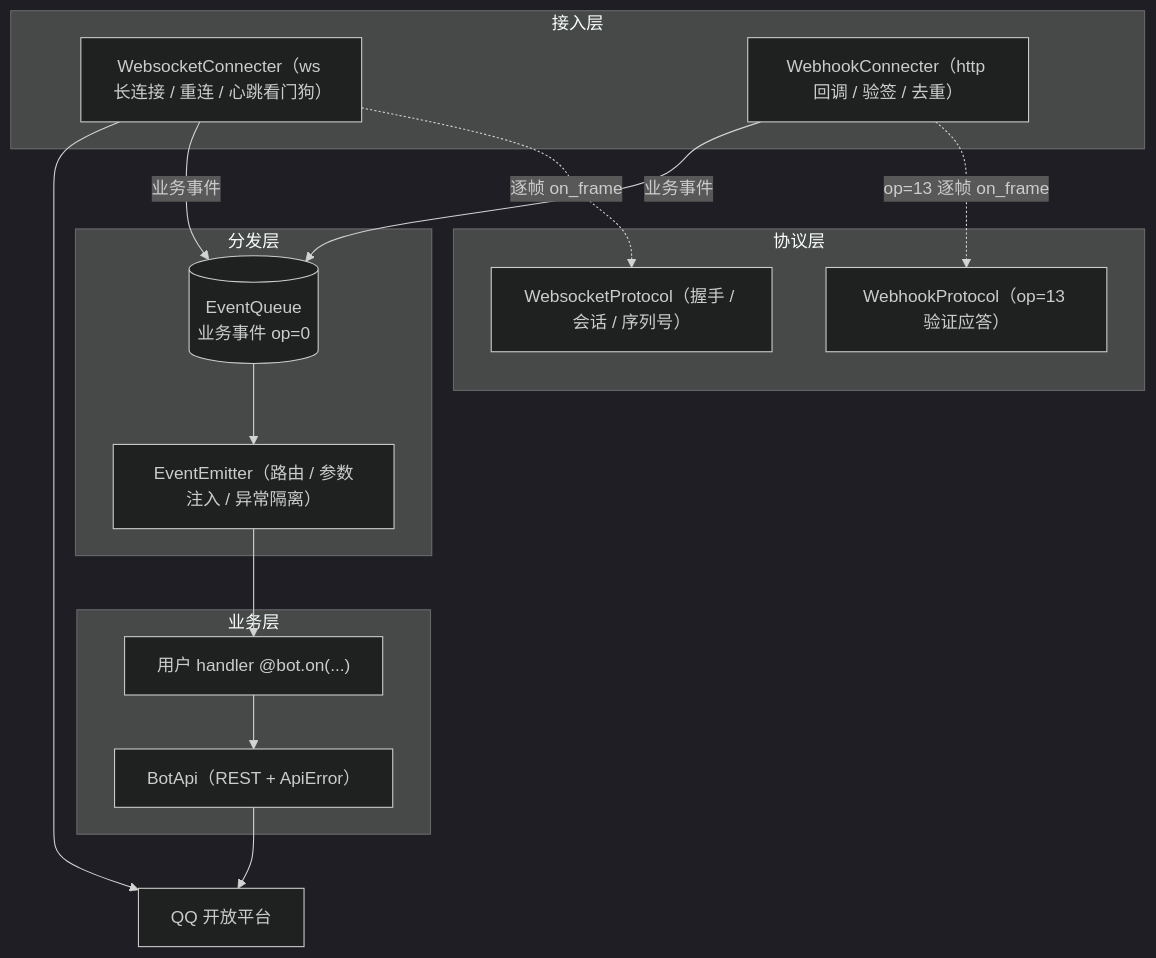
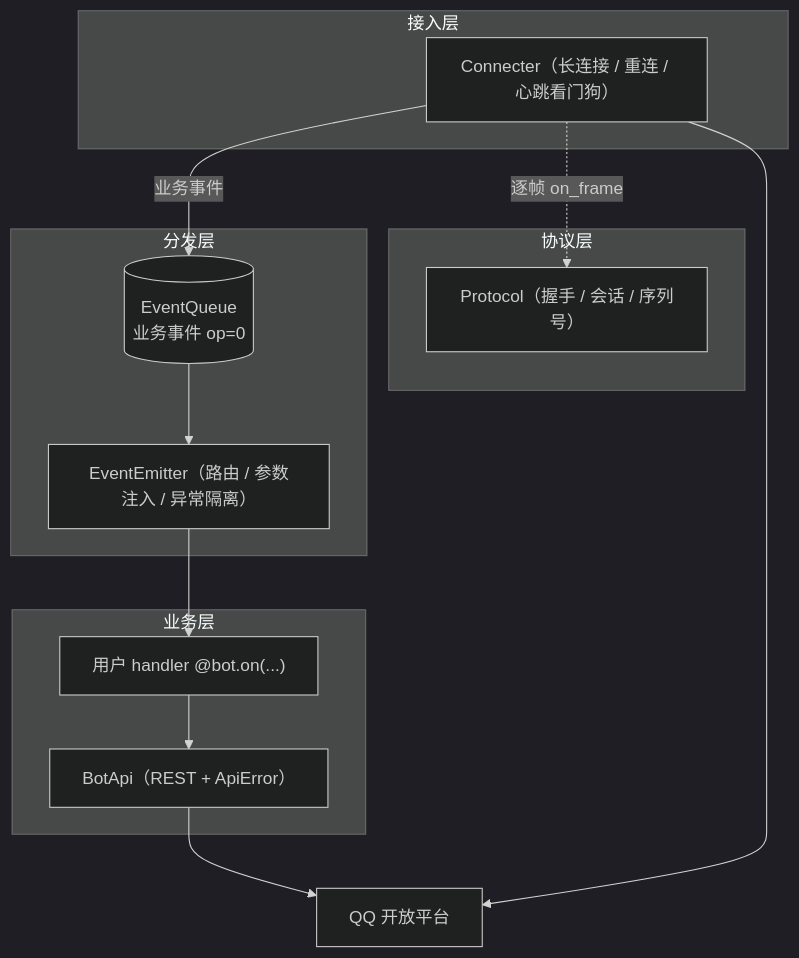
Before and after one commit to snowy-yang/qqbotsdk: the diagram in README.md, drawn with Mermaid (dark theme). The commit also changed other lines of this file and 36 other files, not shown here.

````diff
--- a/README.md
+++ b/README.md
@@ -61,30 +58,26 @@
 ```mermaid
 flowchart TB
     subgraph 接入层
-        WS["WebsocketConnecter（ws 长连接 / 重连 / 心跳看门狗）"]
-        WH["WebhookConnecter（http 回调 / 验签 / 去重）"]
+        WS["Connecter（长连接 / 重连 / 心跳看门狗）"]
     end
     subgraph 协议层
-        WSP["WebsocketProtocol（握手 / 会话 / 序列号）"]
-        WHP["WebhookProtocol（op=13 验证应答）"]
+        WSP["Protocol（握手 / 会话 / 序列号）"]
     end
     subgraph 分发层
         Q[("EventQueue<br/>业务事件 op=0")]
         EE["EventEmitter（路由 / 参数注入 / 异常隔离）"]
     end
     subgraph 业务层
         API["BotApi（REST + ApiError）"]
         USER["用户 handler @bot.on(...)"]
     end
     QQ["QQ 开放平台"]
 
     WS -. "逐帧 on_frame" .-> WSP
-    WH -. "op=13 逐帧 on_frame" .-> WHP
     WS -->|"业务事件"| Q
-    WH -->|"业务事件"| Q
     Q --> EE
     EE --> USER
     USER --> API
     API --> QQ
     WS --> QQ
 ```
````
